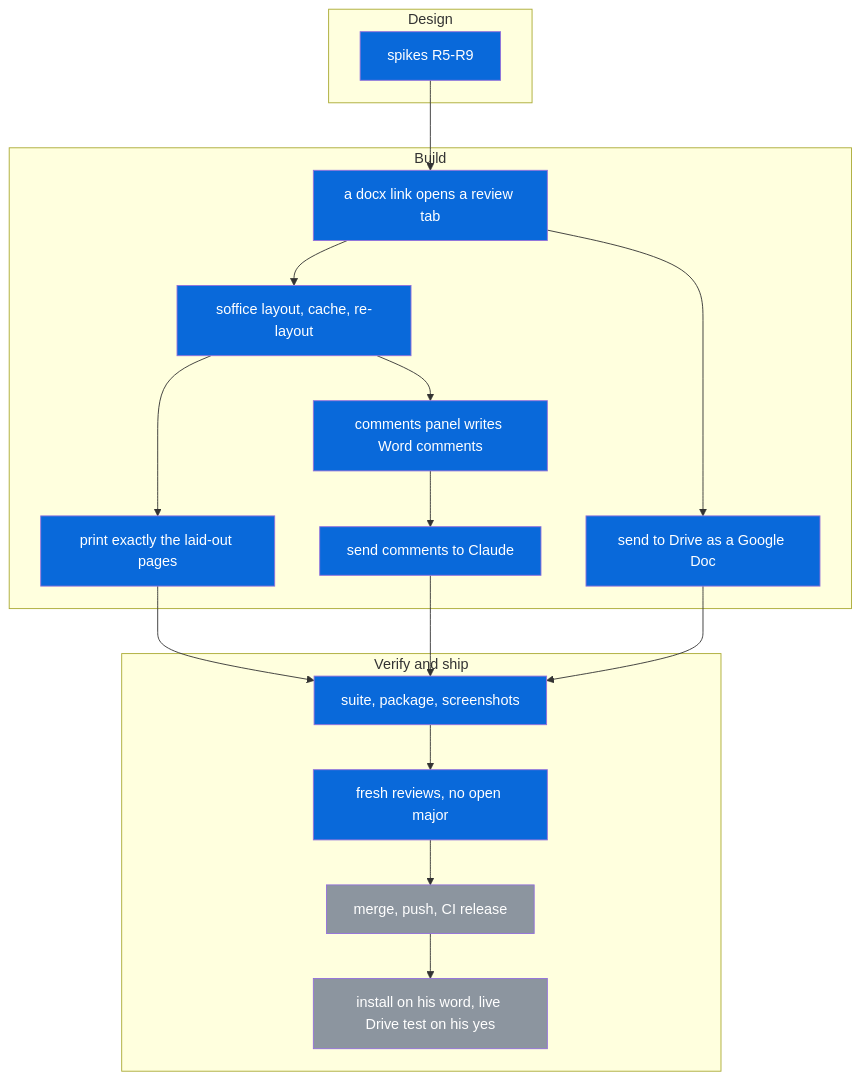
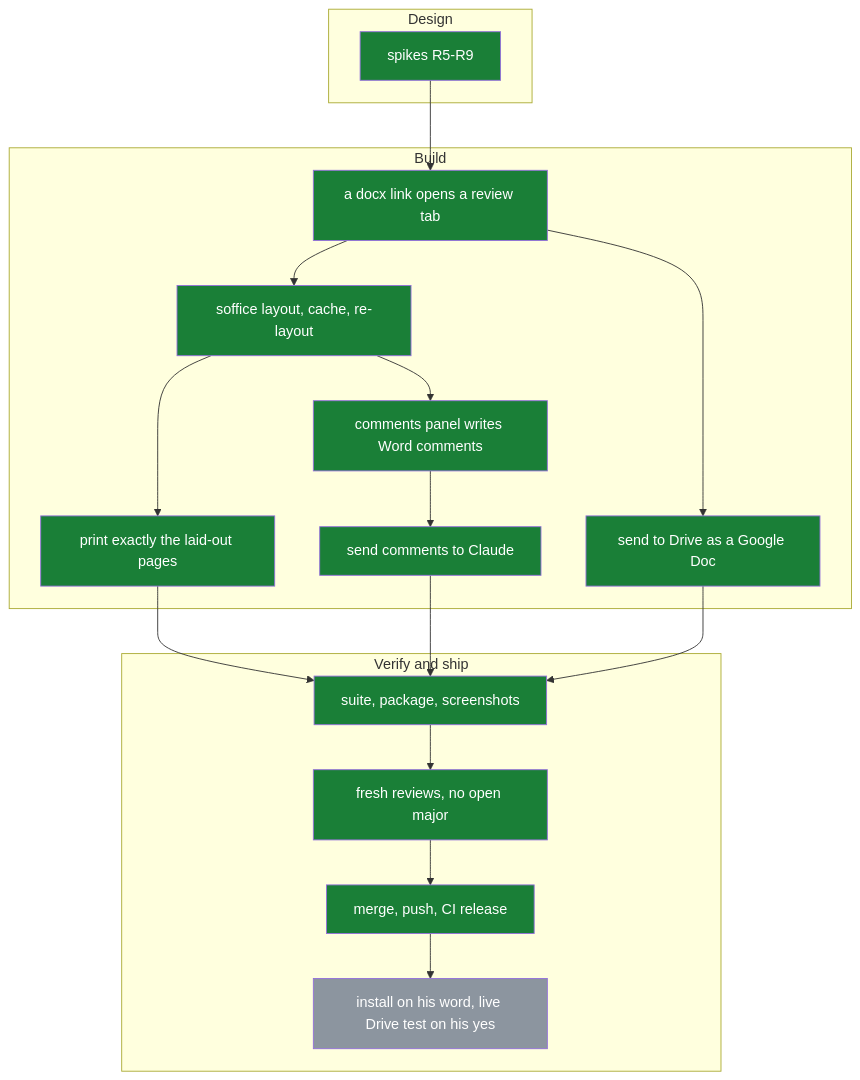
One commit to michaeljryoung/patton changed the diagram in docs/review-tab.md. Above: the diagram before and after it, drawn with Mermaid. The commit also changed other lines of this file and 1 other file, not shown here.

Commit message:
Review tab map: built nodes done with evidence, released in v1.38.0; install v1.38.1 (S61) [no-release]

````diff
--- a/docs/review-tab.md
+++ b/docs/review-tab.md
@@ -10,38 +10,38 @@
 ```mermaid
 flowchart TD
   subgraph D["Design"]
-    rt_spike[spikes R5-R9]:::live
+    rt_spike[spikes R5-R9]:::done
   end
   subgraph B["Build"]
-    rt_open[a docx link opens a review tab]:::live
-    rt_layout[soffice layout, cache, re-layout]:::live
-    rt_print[print exactly the laid-out pages]:::live
-    rt_drive[send to Drive as a Google Doc]:::live
-    rt_comments[comments panel writes Word comments]:::live
-    rt_claude[send comments to Claude]:::live
+    rt_open[a docx link opens a review tab]:::done
+    rt_layout[soffice layout, cache, re-layout]:::done
+    rt_print[print exactly the laid-out pages]:::done
+    rt_drive[send to Drive as a Google Doc]:::done
+    rt_comments[comments panel writes Word comments]:::done
+    rt_claude[send comments to Claude]:::done
   end
   subgraph V["Verify and ship"]
-    rt_check[suite, package, screenshots]:::live
-    rt_review[fresh reviews, no open major]:::live
-    rt_release[merge, push, CI release]:::todo
+    rt_check[suite, package, screenshots]:::done
+    rt_review[fresh reviews, no open major]:::done
+    rt_release[merge, push, CI release]:::done
     rt_ship[install on his word, live Drive test on his yes]:::todo
   end
   rt_spike --> rt_open
   rt_open --> rt_layout
   rt_layout --> rt_print
   rt_layout --> rt_comments
   rt_open --> rt_drive
   rt_comments --> rt_claude
   rt_print --> rt_check
   rt_drive --> rt_check
   rt_claude --> rt_check
   rt_check --> rt_review
   rt_review --> rt_release
   rt_release --> rt_ship
   classDef done fill:#1a7f37,color:#fff
   classDef live fill:#0969da,color:#fff
   classDef todo fill:#8c959f,color:#fff
   classDef blocked fill:#cf222e,color:#fff
   classDef dropped fill:#eaeef2,color:#57606a
   classDef superseded fill:#eaeef2,color:#57606a
 ```
````
